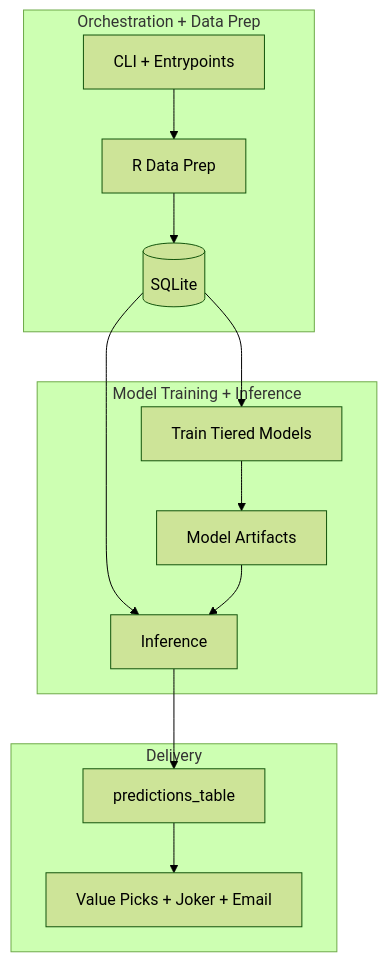
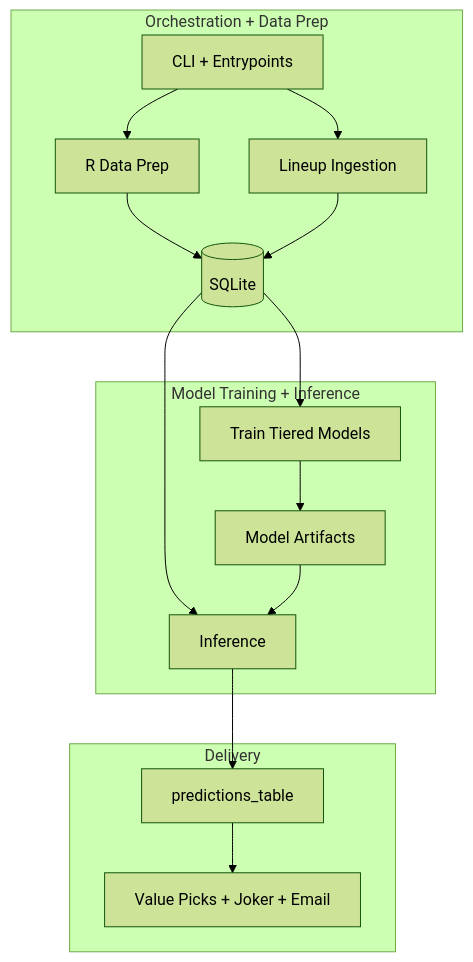
The diagram in docs/how-it-works.md (levonrush/footy-tipper), drawn with Mermaid (forest theme) before and after one commit. The commit also changed other lines of this file and 31 other files, not shown here.

````diff
--- a/docs/how-it-works.md
+++ b/docs/how-it-works.md
@@ -7,19 +7,21 @@
 ```mermaid
 flowchart TB
   subgraph O[Orchestration + Data Prep]
     CLI[CLI + Entrypoints] --> PREP[R Data Prep]
+    CLI --> LINEUPS[Lineup Ingestion]
     PREP --> DB[(SQLite)]
+    LINEUPS --> DB
   end
 
   subgraph M[Model Training + Inference]
     DB --> TRAIN[Train Tiered Models]
     TRAIN --> ART[Model Artifacts]
     DB --> INFER[Inference]
     ART --> INFER
   end
 
   subgraph S[Delivery]
     INFER --> PRED[predictions_table]
     PRED --> SEND[Value Picks + Joker + Email]
   end
 ```
````
